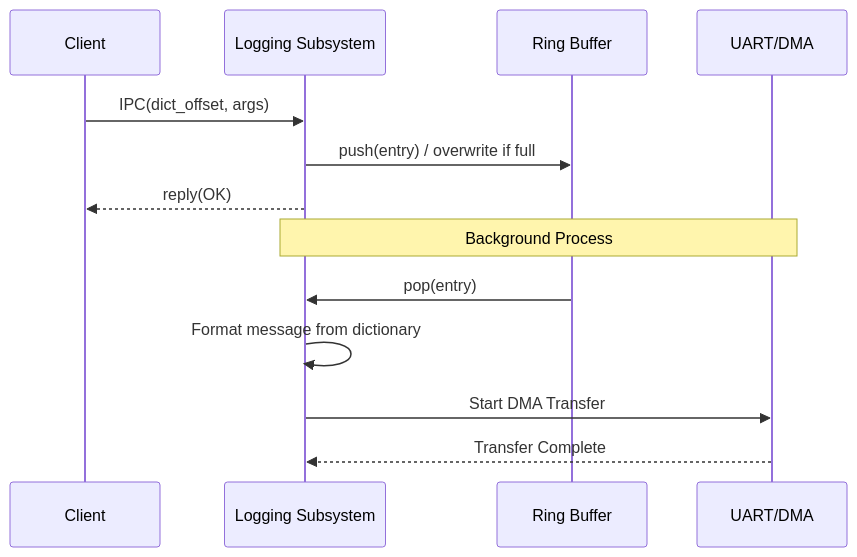
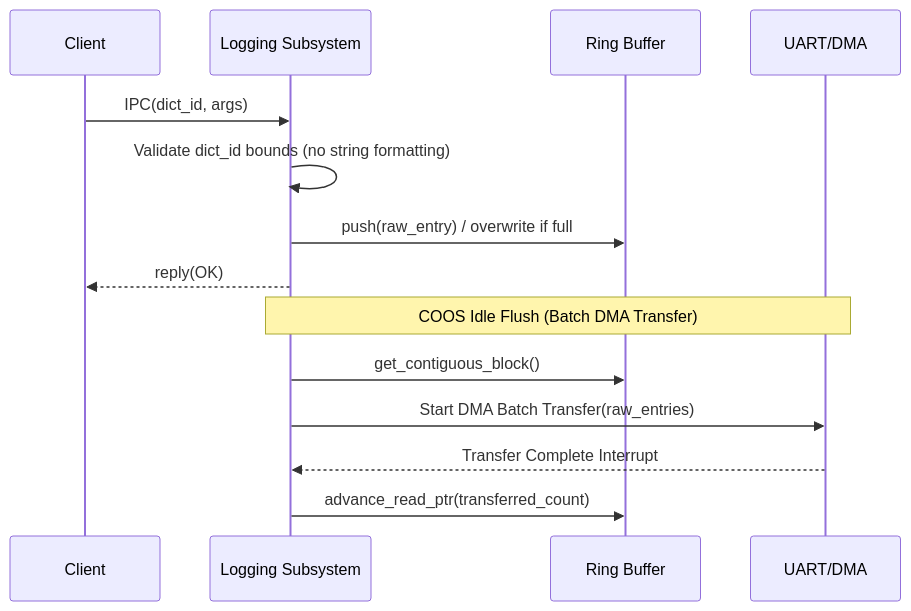
Before and after one commit to kmt-t/fireball: the third of 3 diagrams in docs/components/tier1_core/system_logging.md, drawn with Mermaid. The commit also changed other lines of this file and 14 other files, not shown here.

````diff
--- a/docs/components/tier1_core/system_logging.md
+++ b/docs/components/tier1_core/system_logging.md
@@ -107,16 +109,17 @@
 ```mermaid
 sequenceDiagram
     participant C as Client
     participant L as Logging Subsystem
     participant RB as Ring Buffer
     participant HW as UART/DMA
     
-    C->>L: IPC(dict_offset, args)
-    L->>RB: push(entry) / overwrite if full
+    C->>L: IPC(dict_id, args)
+    L->>L: Validate dict_id bounds (no string formatting)
+    L->>RB: push(raw_entry) / overwrite if full
     L-->>C: reply(OK)
-    Note over L,HW: Background Process
-    RB->>L: pop(entry)
-    L->>L: Format message from dictionary
-    L->>HW: Start DMA Transfer
-    HW-->>L: Transfer Complete
+    Note over L,HW: COOS Idle Flush (Batch DMA Transfer)
+    L->>RB: get_contiguous_block()
+    L->>HW: Start DMA Batch Transfer(raw_entries)
+    HW-->>L: Transfer Complete Interrupt
+    L->>RB: advance_read_ptr(transferred_count)
 ```
````
